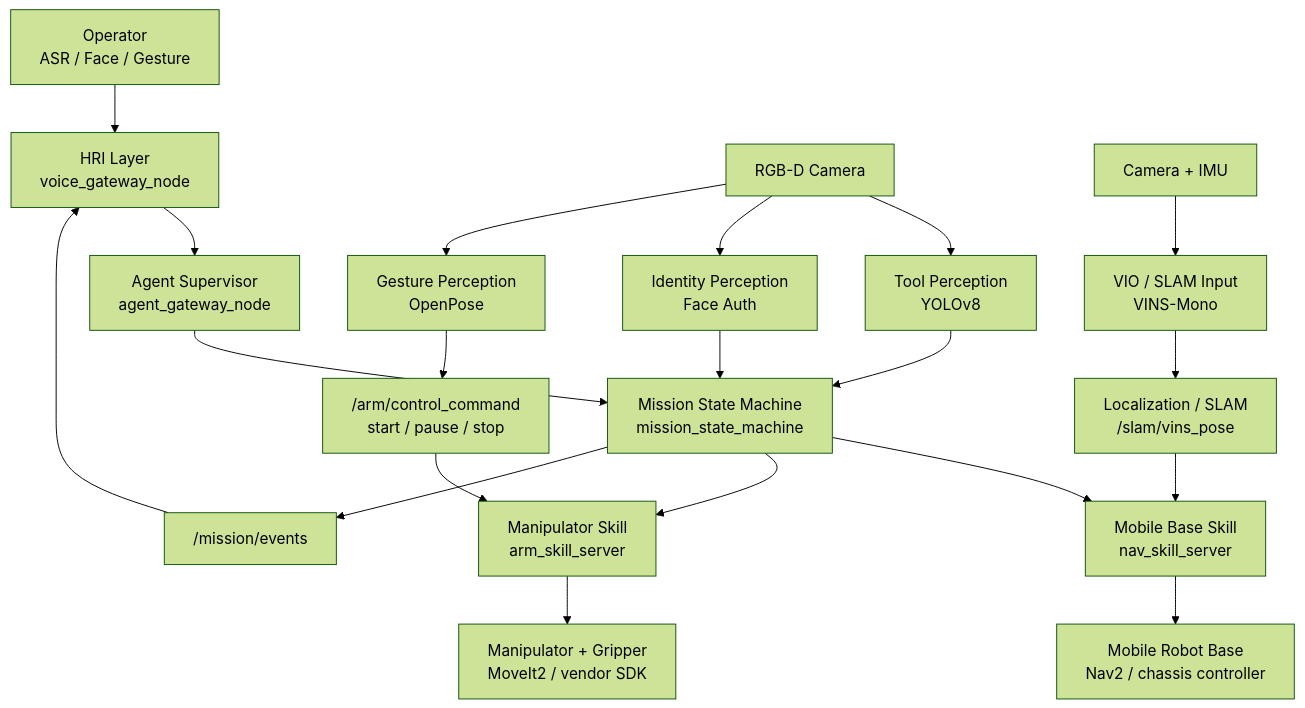
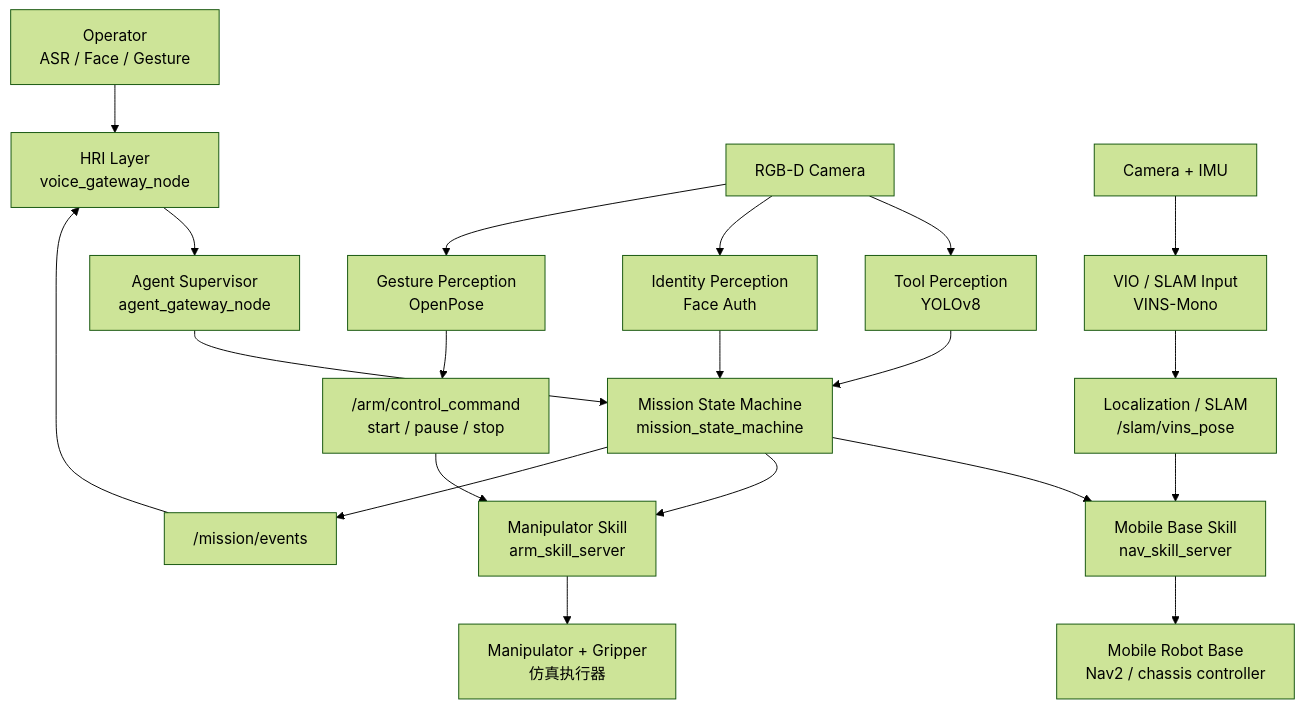
Before and after one commit to terrense/ros2-multimodal-robot-collab: the first of 5 diagrams in README.md, drawn with Mermaid (forest theme). The commit also changed other lines of this file and 2 other files, not shown here.

````diff
--- a/README.md
+++ b/README.md
@@ -87,27 +256,27 @@
 ```mermaid
 flowchart TB
   operator["Operator<br/>ASR / Face / Gesture"] --> hri["HRI Layer<br/>voice_gateway_node"]
   hri --> agent["Agent Supervisor<br/>agent_gateway_node"]
 
   camera["RGB-D Camera"] --> yolo["Tool Perception<br/>YOLOv8"]
   camera --> face["Identity Perception<br/>Face Auth"]
   camera --> gesture["Gesture Perception<br/>OpenPose"]
   imu["Camera + IMU"] --> vins["VIO / SLAM Input<br/>VINS-Mono"]
 
   yolo --> mission["Mission State Machine<br/>mission_state_machine"]
   face --> mission
   agent --> mission
 
   mission --> nav_skill["Mobile Base Skill<br/>nav_skill_server"]
   vins --> nav_stack["Localization / SLAM<br/>/slam/vins_pose"]
   nav_stack --> nav_skill
   nav_skill --> base["Mobile Robot Base<br/>Nav2 / chassis controller"]
 
   mission --> arm_skill["Manipulator Skill<br/>arm_skill_server"]
   gesture --> arm_cmd["/arm/control_command<br/>start / pause / stop"]
   arm_cmd --> arm_skill
-  arm_skill --> arm["Manipulator + Gripper<br/>MoveIt2 / vendor SDK"]
+  arm_skill --> arm["Manipulator + Gripper<br/>仿真执行器"]
 
   mission --> events["/mission/events"]
   events --> hri
 ```
````
